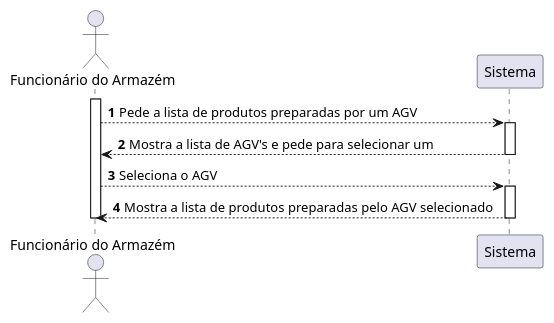
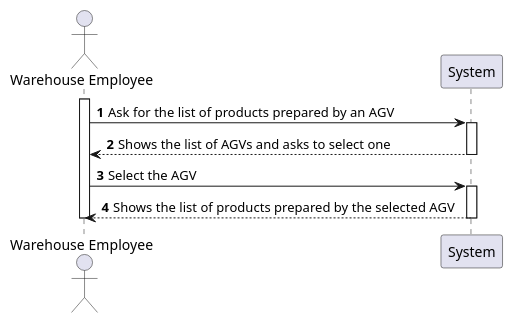
The diagram in docs/1200720/US2004/SSD_US2004.puml (0franciscor/lei21_22_s4_2de_01), drawn with PlantUML before and after one commit. The commit also changed 5 other files, not shown here.

Commit message:
#20 - SD Diagram added to documentation of US2004

```diff
--- a/docs/1200720/US2004/SSD_US2004.puml
+++ b/docs/1200720/US2004/SSD_US2004.puml
@@ -1,20 +1,20 @@
 @startuml
 'https://plantuml.com/sequence-diagram
 
-actor "Funcionário do Armazém" as F
-participant Sistema as S
+actor "Warehouse Employee" as F
+participant System as S
 autonumber
 
 activate F
-F --> S : Pede a lista de produtos preparadas por um AGV
+F -> S : Ask for the list of products prepared by an AGV
 activate S
 
-S --> F : Mostra a lista de AGV's e pede para selecionar um
+S --> F : Shows the list of AGVs and asks to select one
 deactivate S
-F --> S: Seleciona o AGV
+F -> S: Select the AGV
 activate S
-S --> F : Mostra a lista de produtos preparadas pelo AGV selecionado
+S --> F : Shows the list of products prepared by the selected AGV
 
 deactivate S
 deactivate F
 @enduml
```
